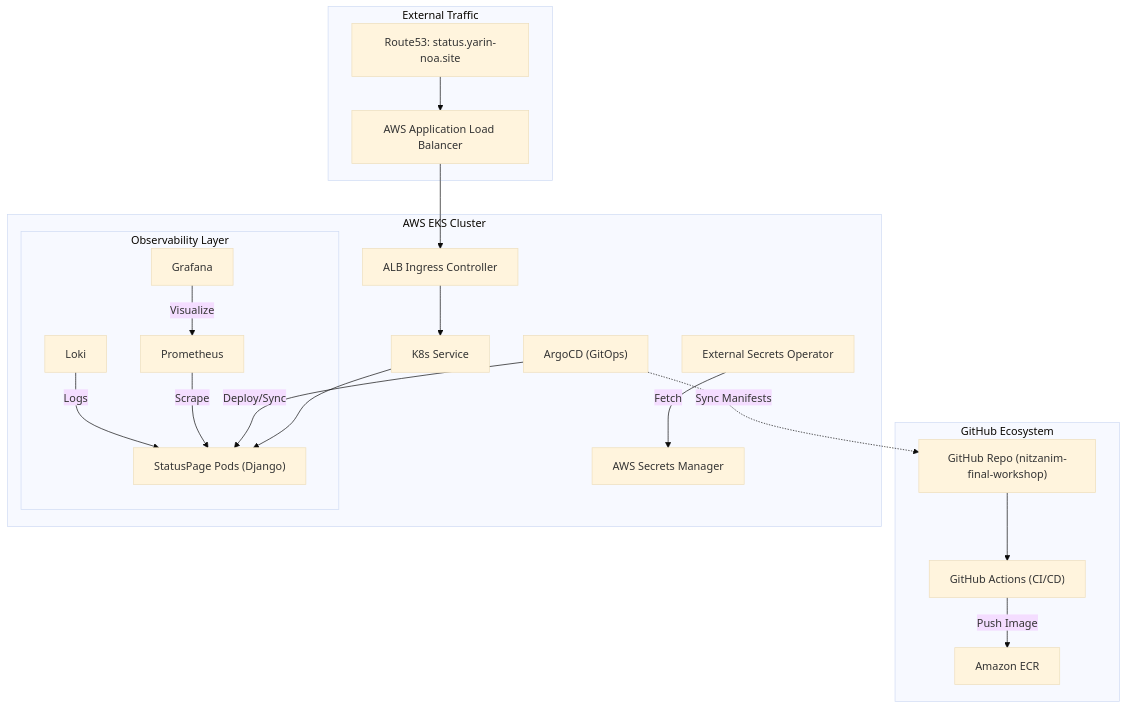
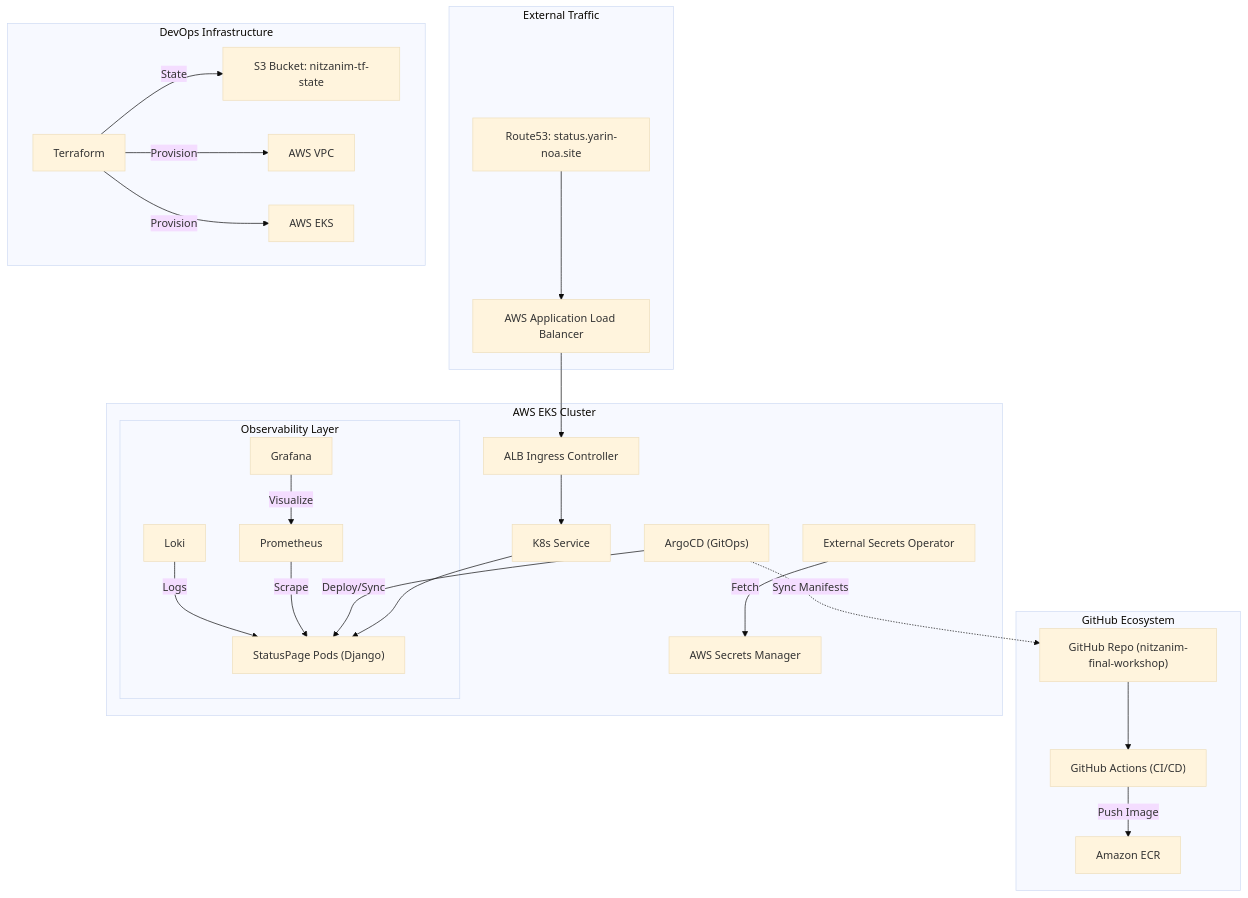
The diagram in README.md (yarinalma6/nitzanim-final-workshop), drawn with Mermaid (base theme) before and after one commit. The commit also changed other lines of this file, not shown here.

Commit message:
docs: expand terraform details and update architecture diagram with S3 bucket

````diff
--- a/README.md
+++ b/README.md
@@ -27,28 +27,34 @@
 ```mermaid
 graph TD
     subgraph "External Traffic"
         DNS[Route53: status.yarin-noa.site] --> ALB[AWS Application Load Balancer]
+    end
+
+    subgraph "DevOps Infrastructure"
+        TF[Terraform] -->|State| S3[S3 Bucket: nitzanim-tf-state]
+        TF -->|Provision| VPC[AWS VPC]
+        TF -->|Provision| EKS[AWS EKS]
     end
 
     subgraph "GitHub Ecosystem"
         Repo["GitHub Repo (nitzanim-final-workshop)"] --> GHA["GitHub Actions (CI/CD)"]
         GHA -->|Push Image| ECR["Amazon ECR"]
     end
 
     subgraph "AWS EKS Cluster"
         ALB --> Ing["ALB Ingress Controller"]
         Ing --> SVC["K8s Service"]
         SVC --> Pods["StatusPage Pods (Django)"]
         
         Argo["ArgoCD (GitOps)"] -.->|Sync Manifests| Repo
         Argo -->|Deploy/Sync| Pods
         
         ESO["External Secrets Operator"] -->|Fetch| SM["AWS Secrets Manager"]
         
         subgraph "Observability Layer"
             Prom["Prometheus"] -->|Scrape| Pods
             Graf["Grafana"] -->|Visualize| Prom
             Loki["Loki"] -->|Logs| Pods
         end
     end
 ```
````
